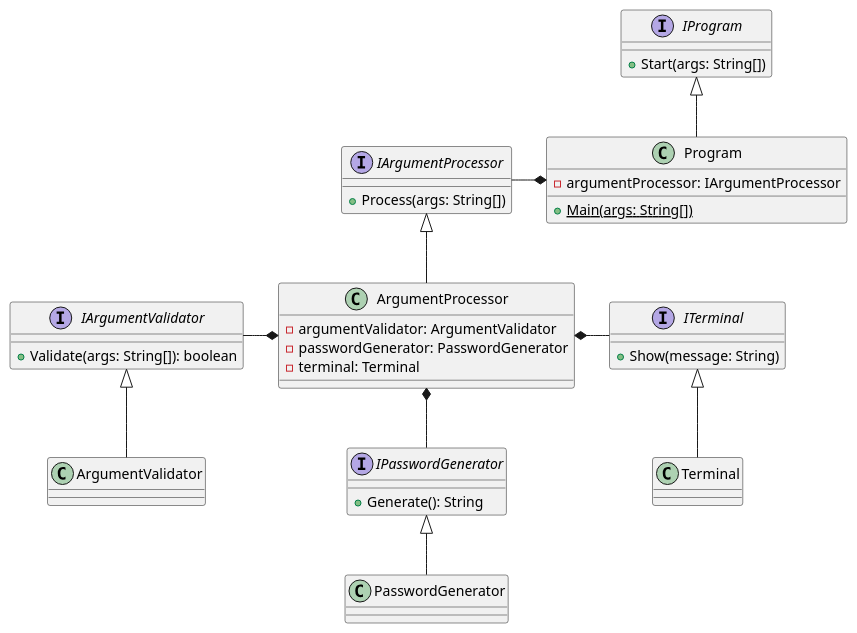
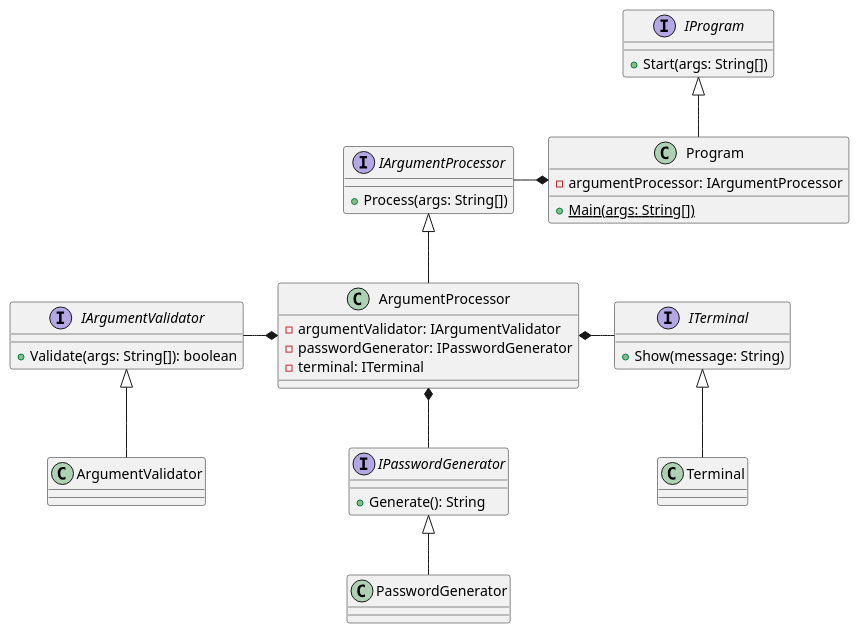
One commit to djvelimir/demo-dotnet-cli changed the diagram in diagrams/Class.puml. Above: the diagram before and after it, drawn with PlantUML. The commit also changed 2 other files, not shown here.

Commit message:
Update diagrams

```diff
--- a/diagrams/Class.puml
+++ b/diagrams/Class.puml
@@ -1,55 +1,55 @@
-@startuml
+@startuml Class
 'https://plantuml.com/class-diagram
 
 interface IProgram {
     + Start(args: String[])
 }
 
 class Program {
     - argumentProcessor: IArgumentProcessor
     + {static} Main(args: String[])
 }
 
 interface IArgumentValidator {
     + Validate(args: String[]): boolean
 }
 
 class ArgumentValidator {
 }
 
 interface IArgumentProcessor {
     + Process(args: String[])
 }
 
 class ArgumentProcessor {
-    - argumentValidator: ArgumentValidator
-    - passwordGenerator: PasswordGenerator
-    - terminal: Terminal
+    - argumentValidator: IArgumentValidator
+    - passwordGenerator: IPasswordGenerator
+    - terminal: ITerminal
 }
 
 interface ITerminal {
     + Show(message: String)
 }
 
 class Terminal {
 }
 
 interface IPasswordGenerator {
     + Generate(): String
 }
 
 class PasswordGenerator {
 }
 
 IArgumentValidator <|-- ArgumentValidator
 IArgumentProcessor <|-- ArgumentProcessor
 ITerminal <|-- Terminal
 IPasswordGenerator <|-- PasswordGenerator
 IProgram <|-- Program
 
 Program *--l IArgumentProcessor
 
 ArgumentProcessor *--l IArgumentValidator
 ArgumentProcessor *--d IPasswordGenerator
 ArgumentProcessor *--r ITerminal
 @enduml
```
